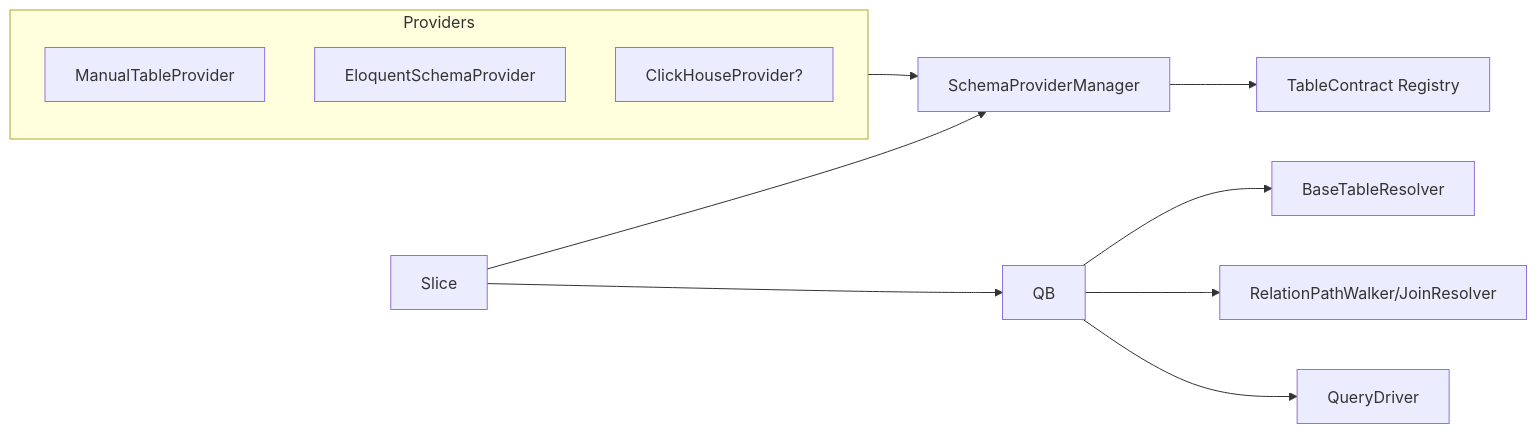
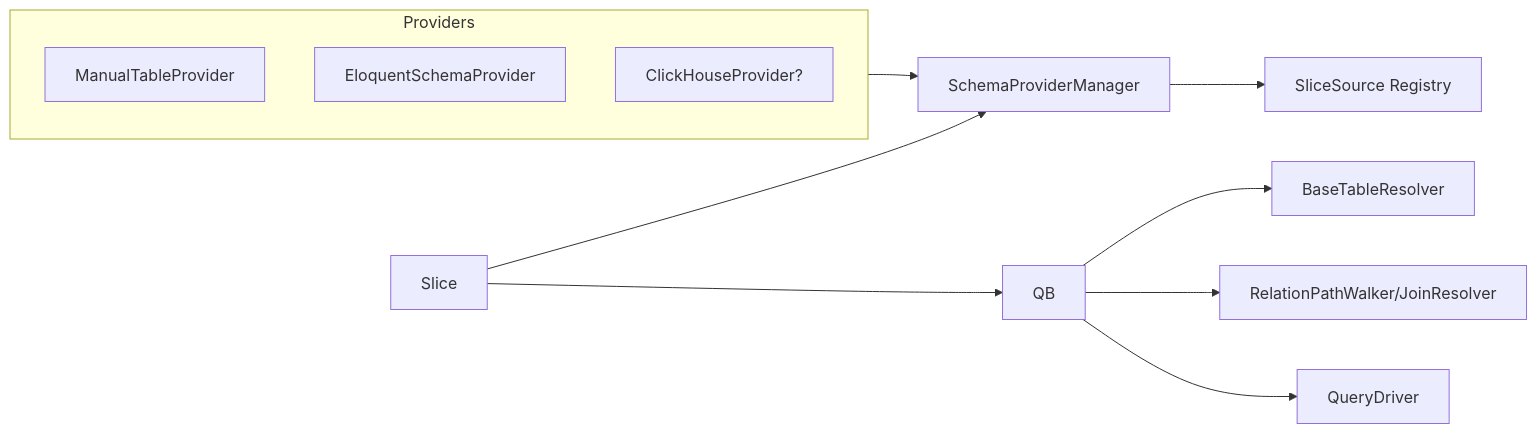
The second of 2 diagrams in planning/eloquent-schema-refactor.md (nick-potts/laravel-analytics-builder), drawn with Mermaid before and after one commit. The commit also changed other lines of this file and 38 other files, not shown here.

````diff
--- a/planning/eloquent-schema-refactor.md
+++ b/planning/eloquent-schema-refactor.md
@@ -41,15 +41,15 @@
 ```mermaid
 flowchart LR
     subgraph Providers
         MT[ManualTableProvider]
         EL[EloquentSchemaProvider]
         CK[ClickHouseProvider?]
     end
     Providers --> SPM[SchemaProviderManager]
-    SPM --> TABCON[TableContract Registry]
+    SPM --> TABCON[SliceSource Registry]
     Slice --> SPM
     Slice --> QB
     QB --> BTR[BaseTableResolver]
     QB --> JR[RelationPathWalker/JoinResolver]
     QB --> DR[QueryDriver]
 ```
````
